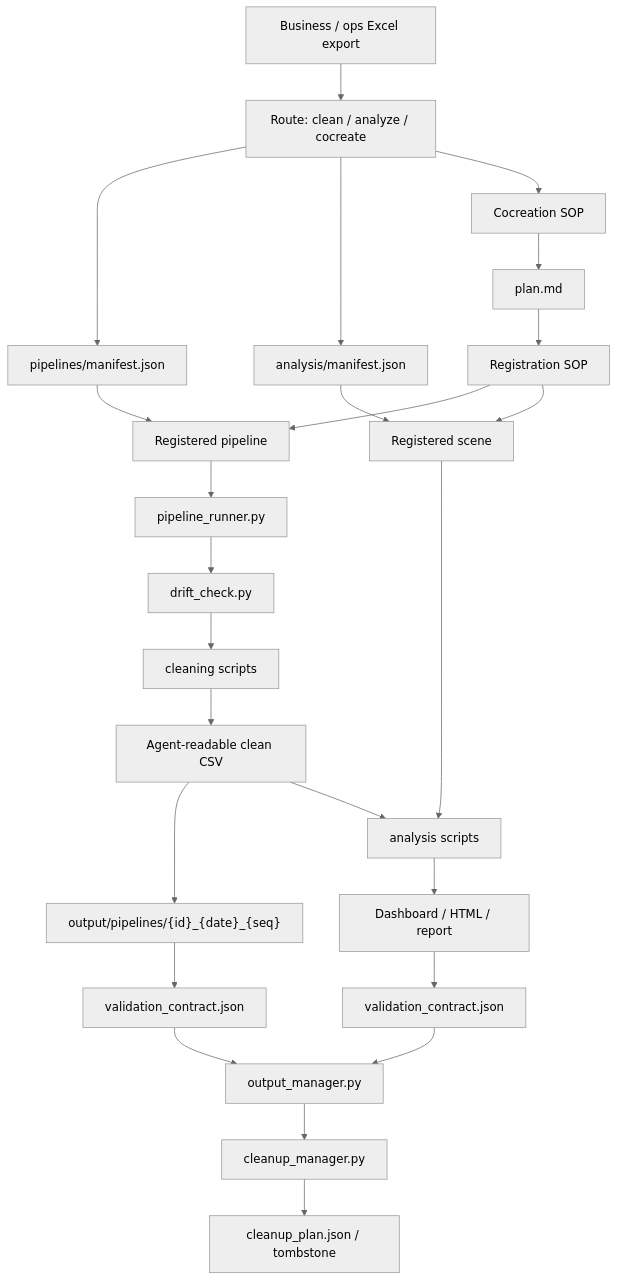
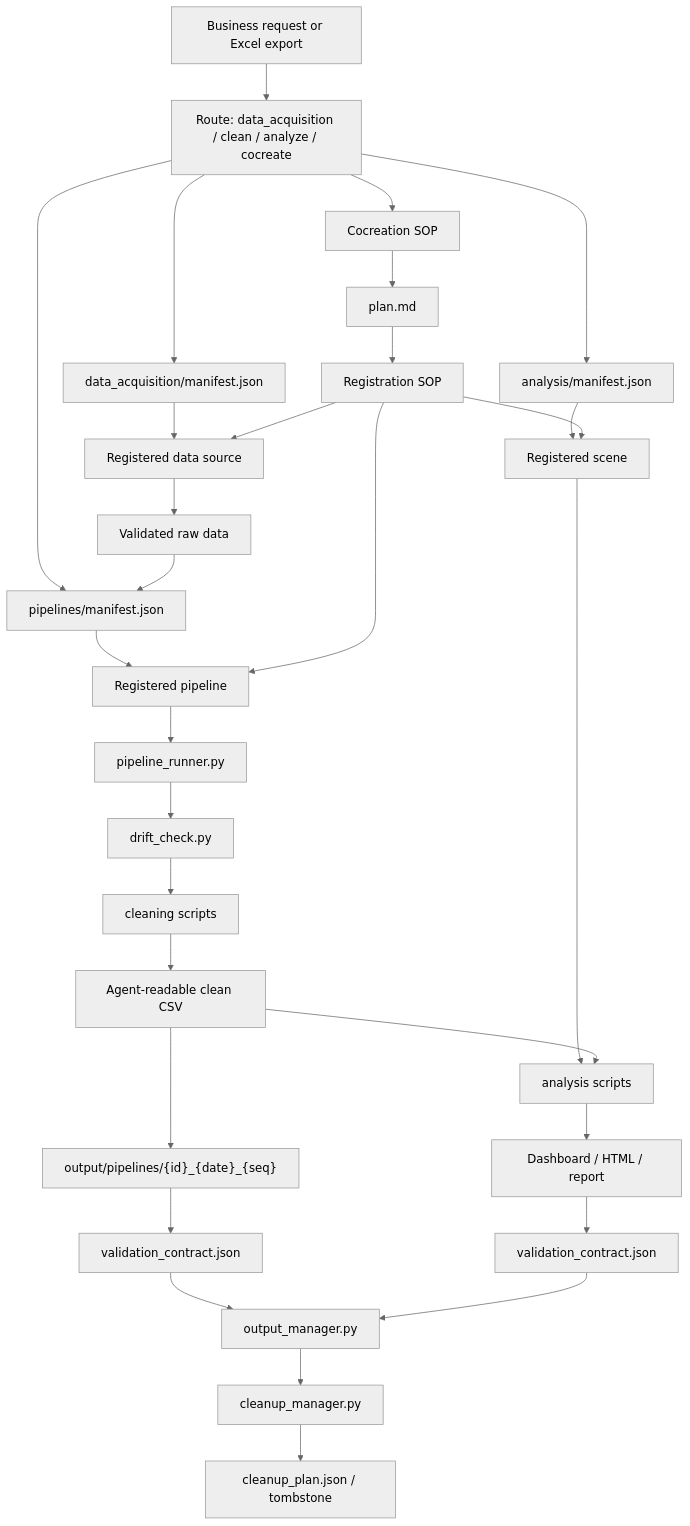
Before and after one commit to ljysylvia-commits/Xier-Business-Excel-Workflow-Skill: the diagram in README.md, drawn with Mermaid (neutral theme). The commit also changed other lines of this file and 19 other files, not shown here.

````diff
--- a/README.md
+++ b/README.md
@@ -218,27 +229,32 @@
 ```mermaid
 flowchart TD
-  U["Business / ops Excel export"] --> R["Route: clean / analyze / cocreate"]
+  U["Business request or Excel export"] --> R["Route: data_acquisition / clean / analyze / cocreate"]
+  R --> DA["data_acquisition/manifest.json"]
   R --> M1["pipelines/manifest.json"]
   R --> M2["analysis/manifest.json"]
+  DA --> SRC["Registered data source"]
+  SRC --> RAW["Validated raw data"]
+  RAW --> M1
   M1 --> P["Registered pipeline"]
   M2 --> S["Registered scene"]
   R --> C["Cocreation SOP"]
   C --> PLAN["plan.md"]
   PLAN --> REG["Registration SOP"]
   REG --> P
   REG --> S
+  REG --> SRC
   P --> PR["pipeline_runner.py"]
   PR --> DR["drift_check.py"]
   DR --> GEN["cleaning scripts"]
   GEN --> CSV["Agent-readable clean CSV"]
   CSV --> OUT["output/pipelines/{id}_{date}_{seq}"]
   OUT --> VAL["validation_contract.json"]
   VAL --> OM["output_manager.py"]
   OM --> CLEAN["cleanup_manager.py"]
   CLEAN --> CP["cleanup_plan.json / tombstone"]
   S --> AR["analysis scripts"]
   CSV --> AR
   AR --> AOUT["Dashboard / HTML / report"]
   AOUT --> AVAL["validation_contract.json"]
   AVAL --> OM
 ```
````
